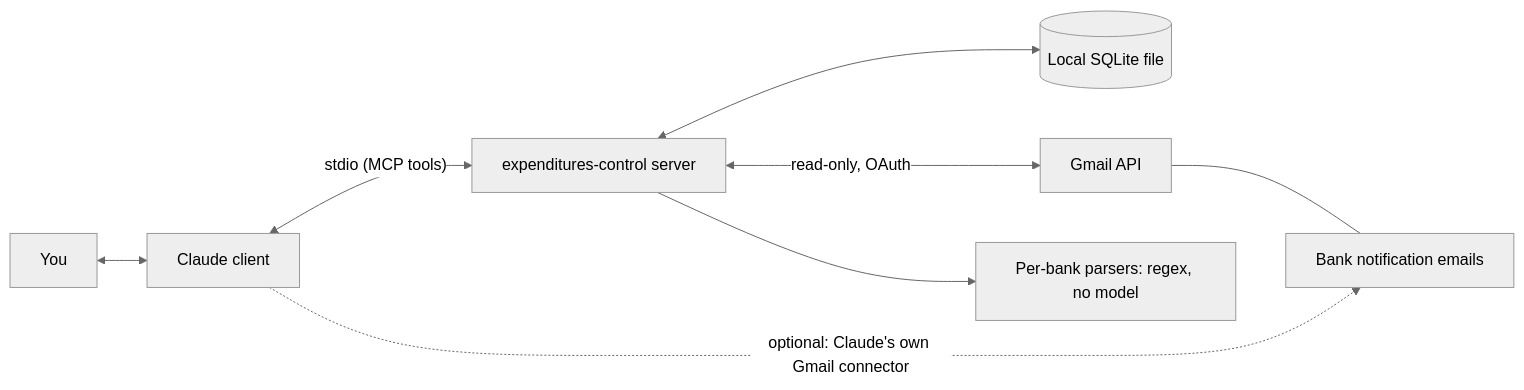
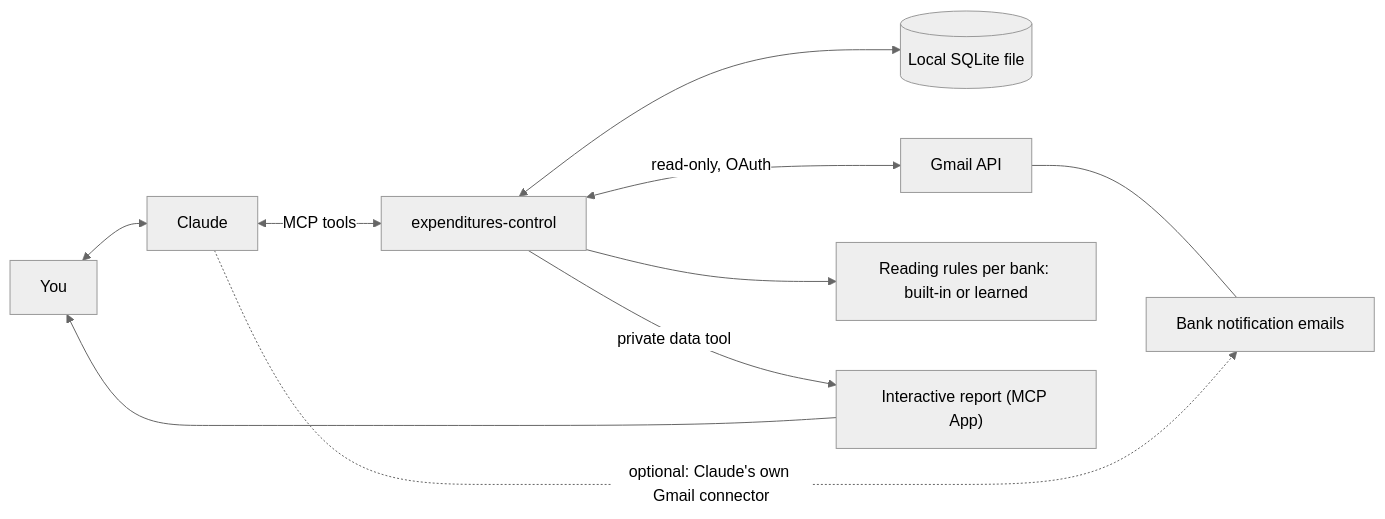
The diagram in README.md (estebanjc78/expenditure), drawn with Mermaid (neutral theme) before and after one commit. The commit also changed other lines of this file and 6 other files, not shown here.

````diff
--- a/README.md
+++ b/README.md
@@ -45,10 +44,12 @@
 ```mermaid
 flowchart LR
-    U[You] <--> C[Claude client]
-    C <-->|"stdio (MCP tools)"| S[expenditures-control server]
+    U[You] <--> C[Claude]
+    C <-->|"MCP tools"| S[expenditures-control]
     S <--> DB[(Local SQLite file)]
-    S <-->|"read-only, OAuth"| GA[Gmail API]
-    GA --- M[Bank notification emails]
-    S --> P[Per-bank parsers: regex, no model]
+    S <-->|"read-only, OAuth"| G[Gmail API]
+    G --- M[Bank notification emails]
+    S --> P["Reading rules per bank: built-in or learned"]
+    S -->|"private data tool"| R["Interactive report (MCP App)"]
+    R --> U
     C -. "optional: Claude's own Gmail connector" .-> M
 ```
````
